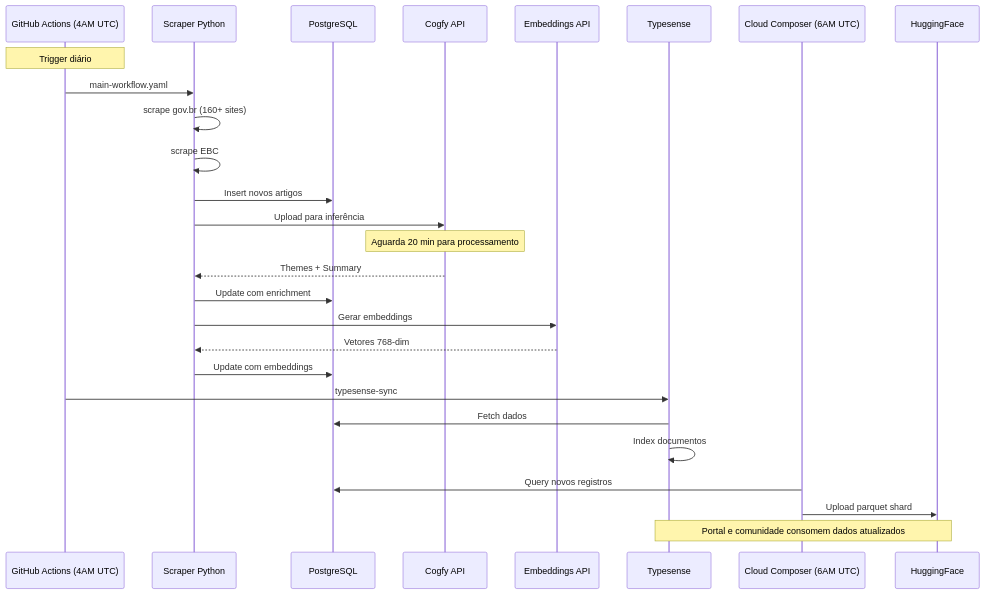
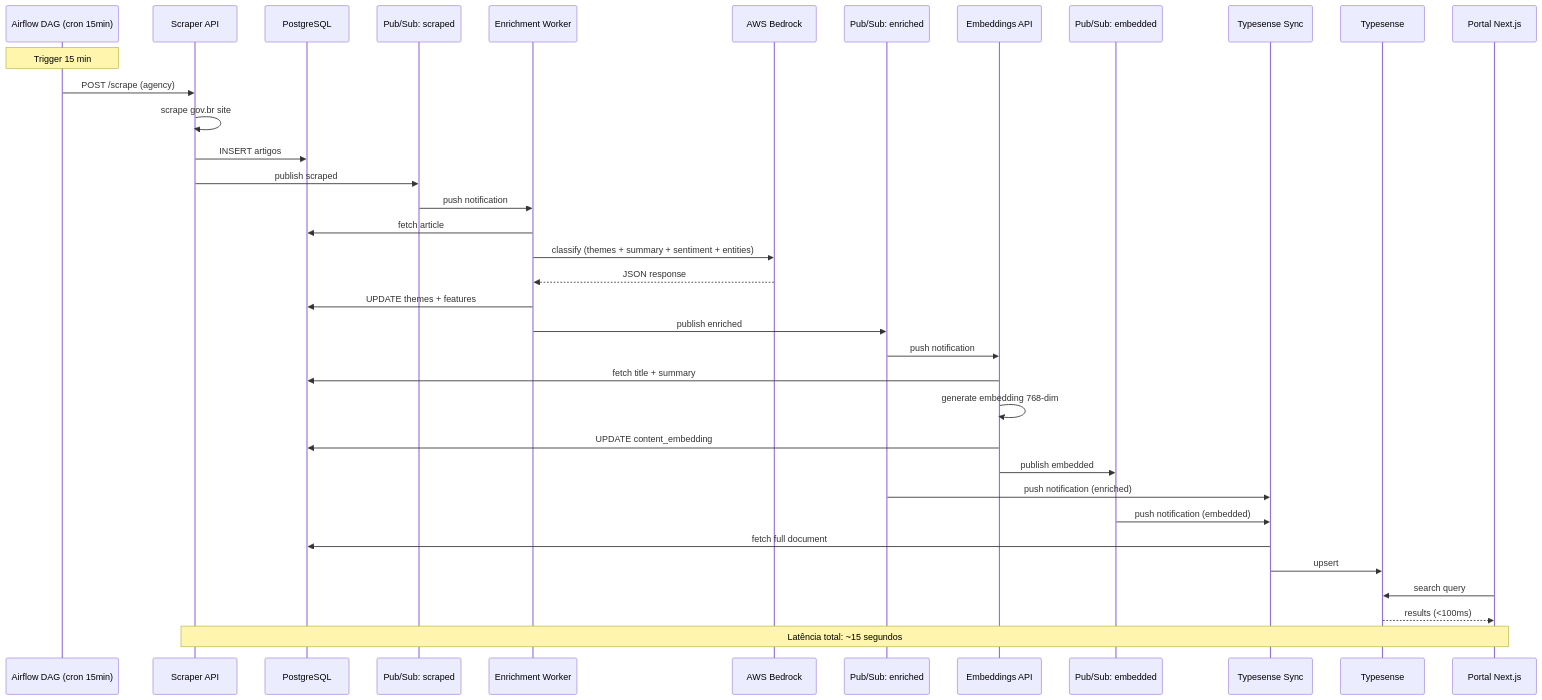
One commit to destaquesgovbr/docs changed the second of 3 diagrams in docs/arquitetura/visao-geral.md. Above: the diagram before and after it, drawn with Mermaid. The commit also changed other lines of this file and 2 other files, not shown here.

First line of the commit message:
docs: atualiza arquitetura e adiciona relatórios técnicos do Portal Web

````diff
--- a/docs/arquitetura/visao-geral.md
+++ b/docs/arquitetura/visao-geral.md
@@ -185,36 +318,45 @@
 ```mermaid
 sequenceDiagram
-    participant Cron as GitHub Actions (4AM UTC)
-    participant Scraper as Scraper Python
+    participant Airflow as Airflow DAG (cron 15min)
+    participant Scraper as Scraper API
     participant PG as PostgreSQL
-    participant Cogfy as Cogfy API
-    participant EMB as Embeddings API
+    participant PS1 as Pub/Sub: scraped
+    participant EW as Enrichment Worker
+    participant Bedrock as AWS Bedrock
+    participant PS2 as Pub/Sub: enriched
+    participant EAPI as Embeddings API
+    participant PS3 as Pub/Sub: embedded
+    participant TSW as Typesense Sync
     participant TS as Typesense
-    participant Airflow as Cloud Composer (6AM UTC)
-    participant HF as HuggingFace
+    participant Portal as Portal Next.js
 
-    Note over Cron: Trigger diário
+    Note over Airflow: Trigger 15 min
 
-    Cron->>Scraper: main-workflow.yaml
-    Scraper->>Scraper: scrape gov.br (160+ sites)
-    Scraper->>Scraper: scrape EBC
-    Scraper->>PG: Insert novos artigos
+    Airflow->>Scraper: POST /scrape (agency)
+    Scraper->>Scraper: scrape gov.br site
+    Scraper->>PG: INSERT artigos
+    Scraper->>PS1: publish scraped
 
-    Scraper->>Cogfy: Upload para inferência
-    Note over Cogfy: Aguarda 20 min para processamento
-    Cogfy-->>Scraper: Themes + Summary
-    Scraper->>PG: Update com enrichment
+    PS1->>EW: push notification
+    EW->>PG: fetch article
+    EW->>Bedrock: classify (themes + summary + sentiment + entities)
+    Bedrock-->>EW: JSON response
+    EW->>PG: UPDATE themes + features
+    EW->>PS2: publish enriched
 
-    Scraper->>EMB: Gerar embeddings
-    EMB-->>Scraper: Vetores 768-dim
-    Scraper->>PG: Update com embeddings
+    PS2->>EAPI: push notification
+    EAPI->>PG: fetch title + summary
+    EAPI->>EAPI: generate embedding 768-dim
+    EAPI->>PG: UPDATE content_embedding
+    EAPI->>PS3: publish embedded
 
-    Cron->>TS: typesense-sync
-    TS->>PG: Fetch dados
-    TS->>TS: Index documentos
+    PS2->>TSW: push notification (enriched)
+    PS3->>TSW: push notification (embedded)
+    TSW->>PG: fetch full document
+    TSW->>TS: upsert
 
-    Airflow->>PG: Query novos registros
-    Airflow->>HF: Upload parquet shard
+    Portal->>TS: search query
+    TS-->>Portal: results (<100ms)
 
-    Note over TS,HF: Portal e comunidade consomem dados atualizados
+    Note over Scraper,Portal: Latência total: ~15 segundos
 ```
````
